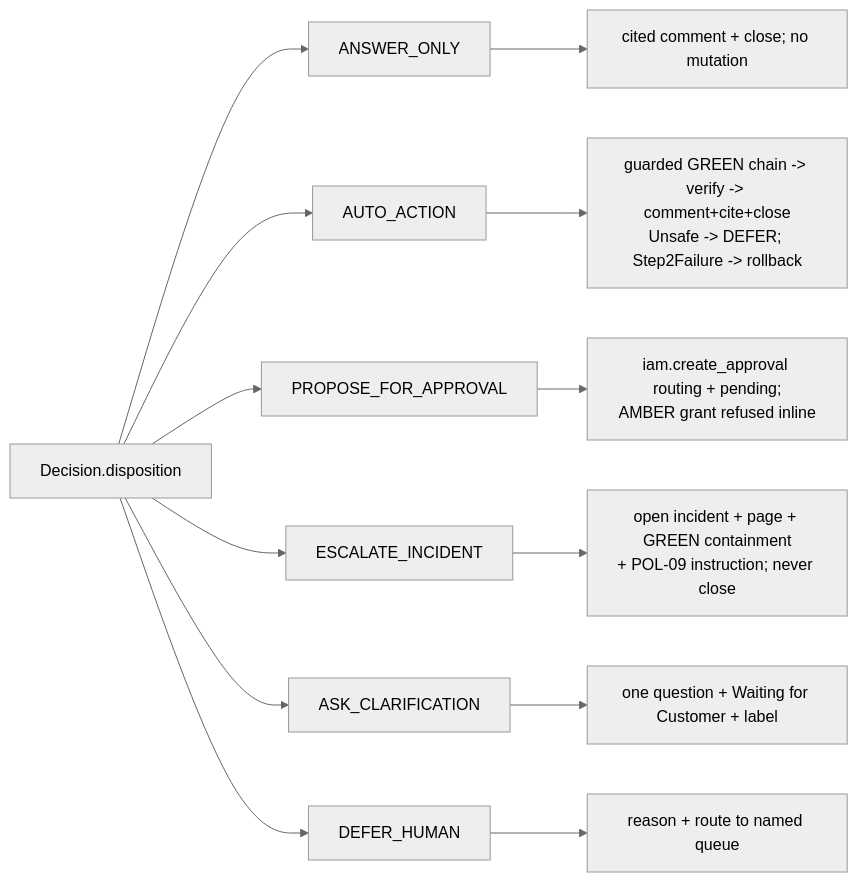
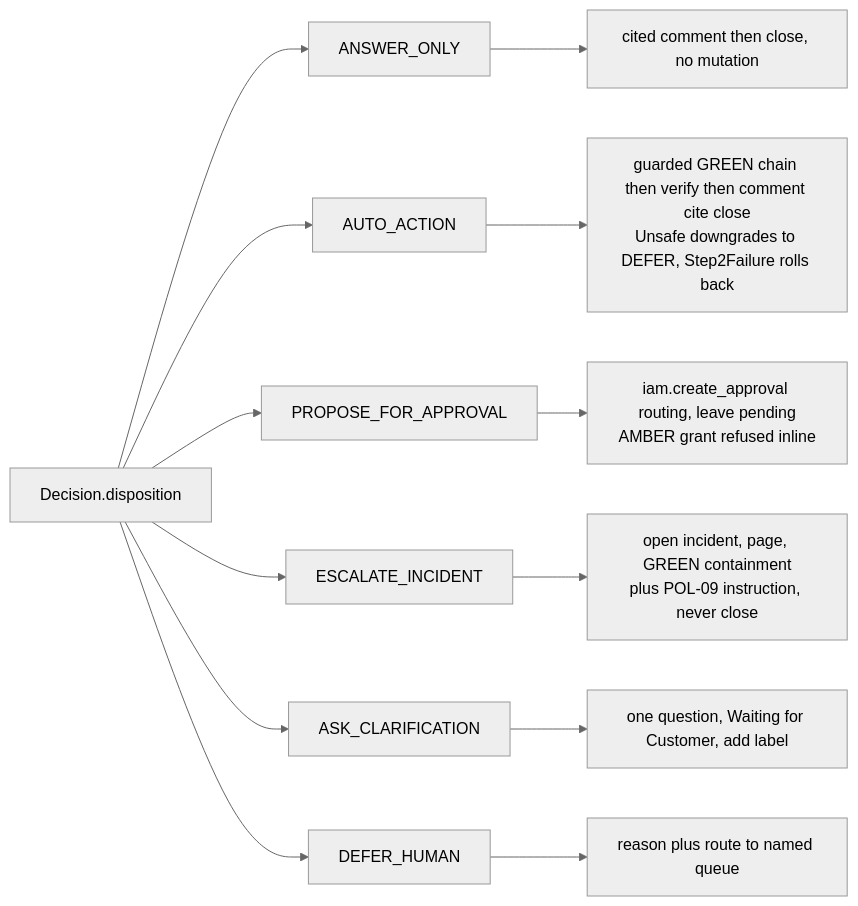
The fourth of 5 diagrams in LLD.md (NateshR/Autonomous-IT-Jira), drawn with Mermaid (neutral theme) before and after one commit. The commit also changed other lines of this file, not shown here.

First line of the commit message:
Fix Mermaid parse errors in LLD.md

````diff
--- a/LLD.md
+++ b/LLD.md
@@ -199,15 +199,15 @@
 ```mermaid
 flowchart LR
     D[Decision.disposition] --> A[ANSWER_ONLY]
     D --> B[AUTO_ACTION]
     D --> C[PROPOSE_FOR_APPROVAL]
     D --> E[ESCALATE_INCIDENT]
     D --> F[ASK_CLARIFICATION]
     D --> G[DEFER_HUMAN]
-    A --> A1[cited comment + close; no mutation]
-    B --> B1[guarded GREEN chain -> verify -> comment+cite+close<br/>Unsafe -> DEFER; Step2Failure -> rollback]
-    C --> C1[iam.create_approval routing + pending;<br/>AMBER grant refused inline]
-    E --> E1[open incident + page + GREEN containment<br/>+ POL-09 instruction; never close]
-    F --> F1[one question + Waiting for Customer + label]
-    G --> G1[reason + route to named queue]
+    A --> A1[cited comment then close, no mutation]
+    B --> B1[guarded GREEN chain then verify then comment cite close<br/>Unsafe downgrades to DEFER, Step2Failure rolls back]
+    C --> C1[iam.create_approval routing, leave pending<br/>AMBER grant refused inline]
+    E --> E1[open incident, page, GREEN containment<br/>plus POL-09 instruction, never close]
+    F --> F1[one question, Waiting for Customer, add label]
+    G --> G1[reason plus route to named queue]
 ```
````
